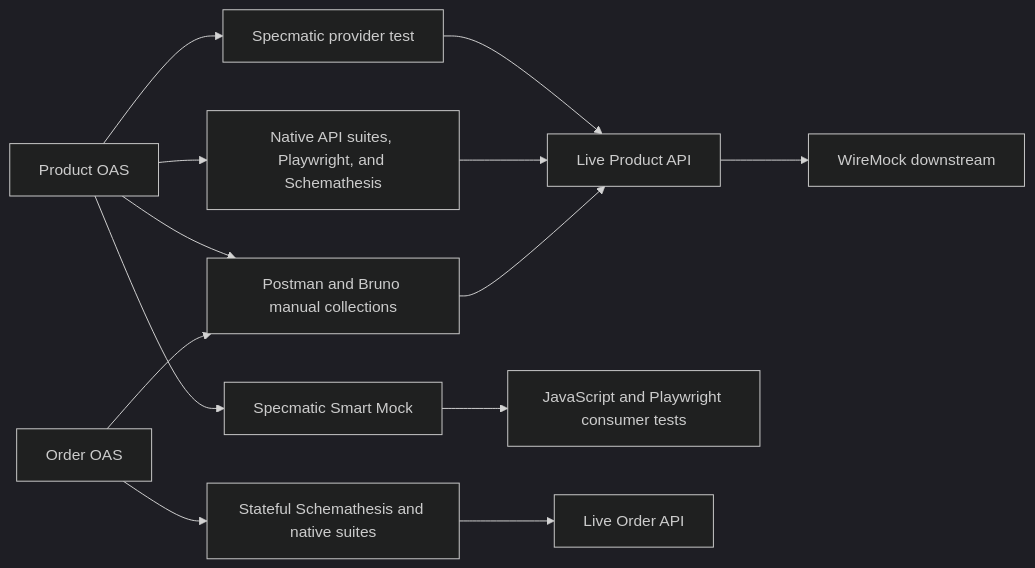
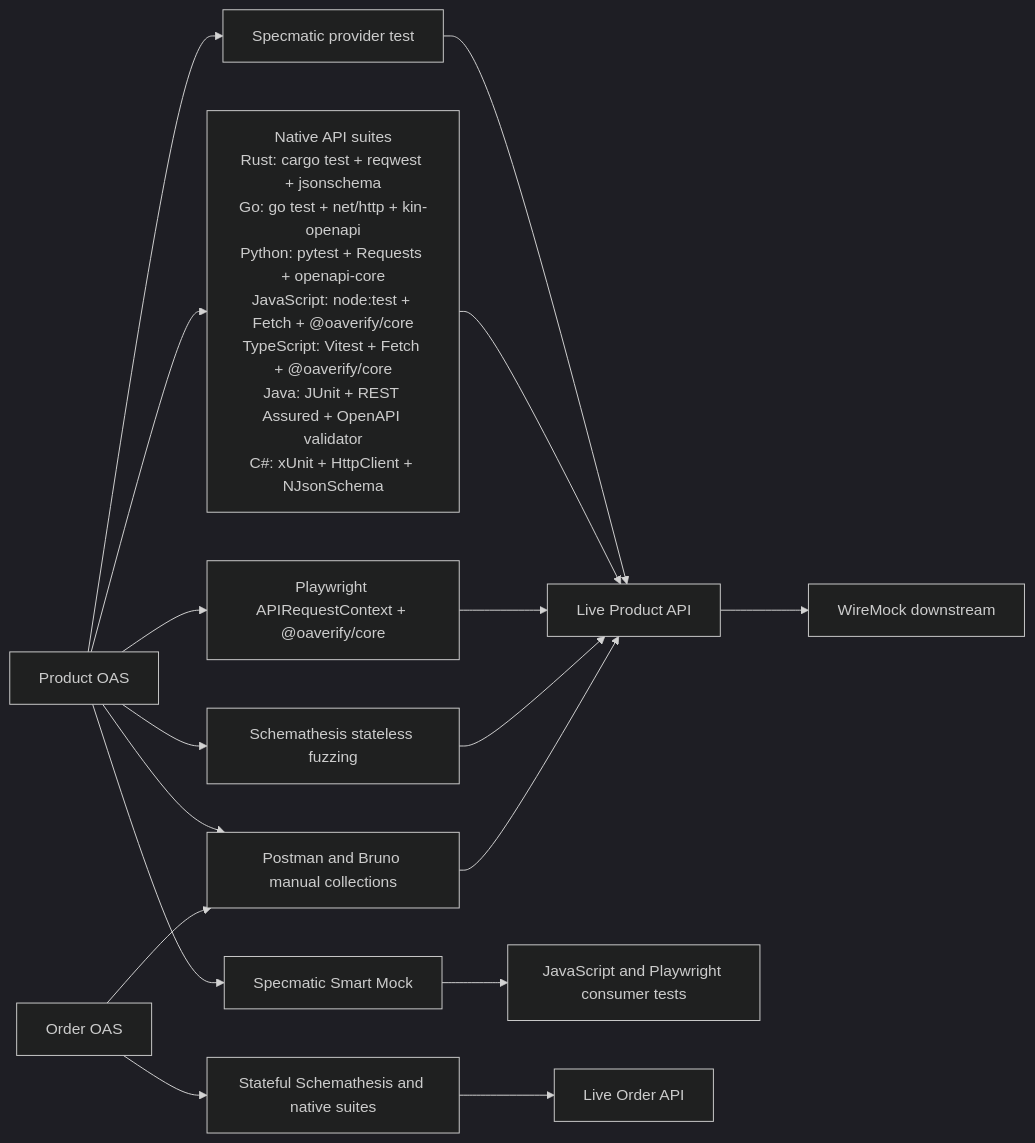
One commit to shoman2020/oas-polycontract changed the first of 2 diagrams in README.md. Above: the diagram before and after it, drawn with Mermaid (dark theme). The commit also changed other lines of this file and 6 other files, not shown here.

Commit message:
Harden demo exposure and clarify API test suites

````diff
--- a/README.md
+++ b/README.md
@@ -21,15 +21,19 @@
 ```mermaid
 flowchart LR
   ProductOAS[Product OAS] --> ProviderTest[Specmatic provider test]
   ProviderTest --> ProductAPI[Live Product API]
   ProductOAS --> SmartMock[Specmatic Smart Mock]
   SmartMock --> ConsumerTests[JavaScript and Playwright consumer tests]
-  ProductOAS --> ProductTests[Native API suites, Playwright, and Schemathesis]
-  ProductTests --> ProductAPI
+  ProductOAS --> NativeSuites["Native API suites<br/>Rust: cargo test + reqwest + jsonschema<br/>Go: go test + net/http + kin-openapi<br/>Python: pytest + Requests + openapi-core<br/>JavaScript: node:test + Fetch + @oaverify/core<br/>TypeScript: Vitest + Fetch + @oaverify/core<br/>Java: JUnit + REST Assured + OpenAPI validator<br/>C#: xUnit + HttpClient + NJsonSchema"]
+  NativeSuites --> ProductAPI
+  ProductOAS --> Playwright[Playwright APIRequestContext + @oaverify/core]
+  Playwright --> ProductAPI
+  ProductOAS --> ProductFuzzing[Schemathesis stateless fuzzing]
+  ProductFuzzing --> ProductAPI
   OrderOAS[Order OAS] --> StatefulTests[Stateful Schemathesis and native suites]
   StatefulTests --> OrderAPI[Live Order API]
   ProductAPI --> WireMock[WireMock downstream]
   ProductOAS --> Collections[Postman and Bruno manual collections]
   Collections --> ProductAPI
   OrderOAS --> Collections
 ```
````
